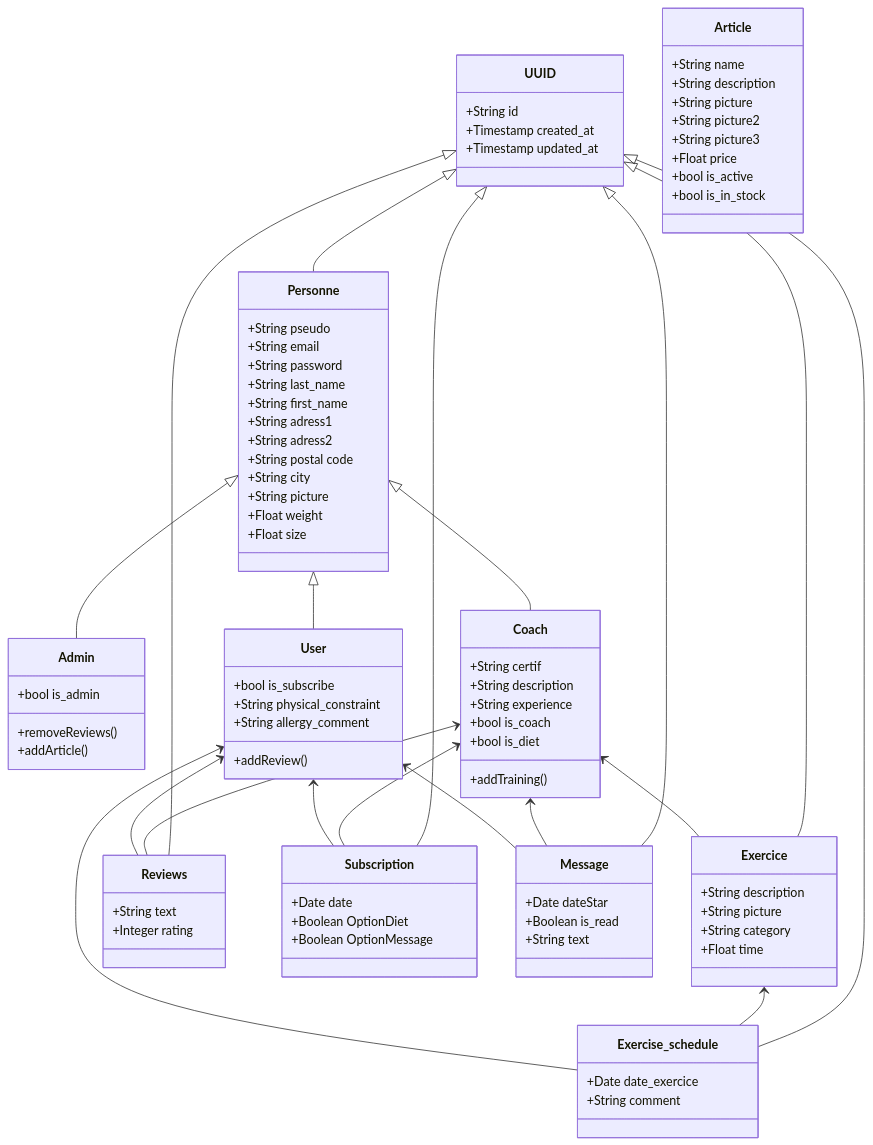
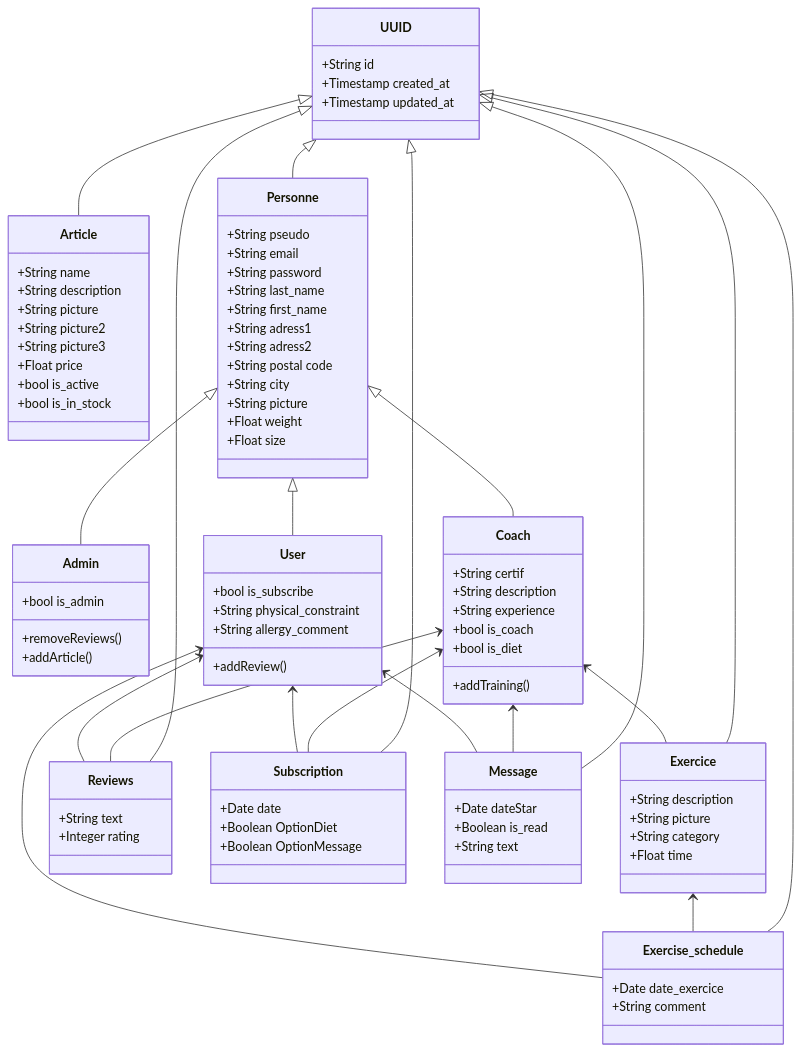
The diagram in Documentation/class_diagram.md (Genia888/FitnessHub), drawn with Mermaid before and after one commit.

Commit message:
Add uuid

```diff
--- a/Documentation/class_diagram.md
+++ b/Documentation/class_diagram.md
@@ -87,7 +87,7 @@
 	    +Boolean is_read
 	    +String text
     }
-
+	UUID <|-- Article
 	UUID <|-- Personne
 	UUID <|-- Exercise_schedule
 	UUID <|-- Exercice
```
